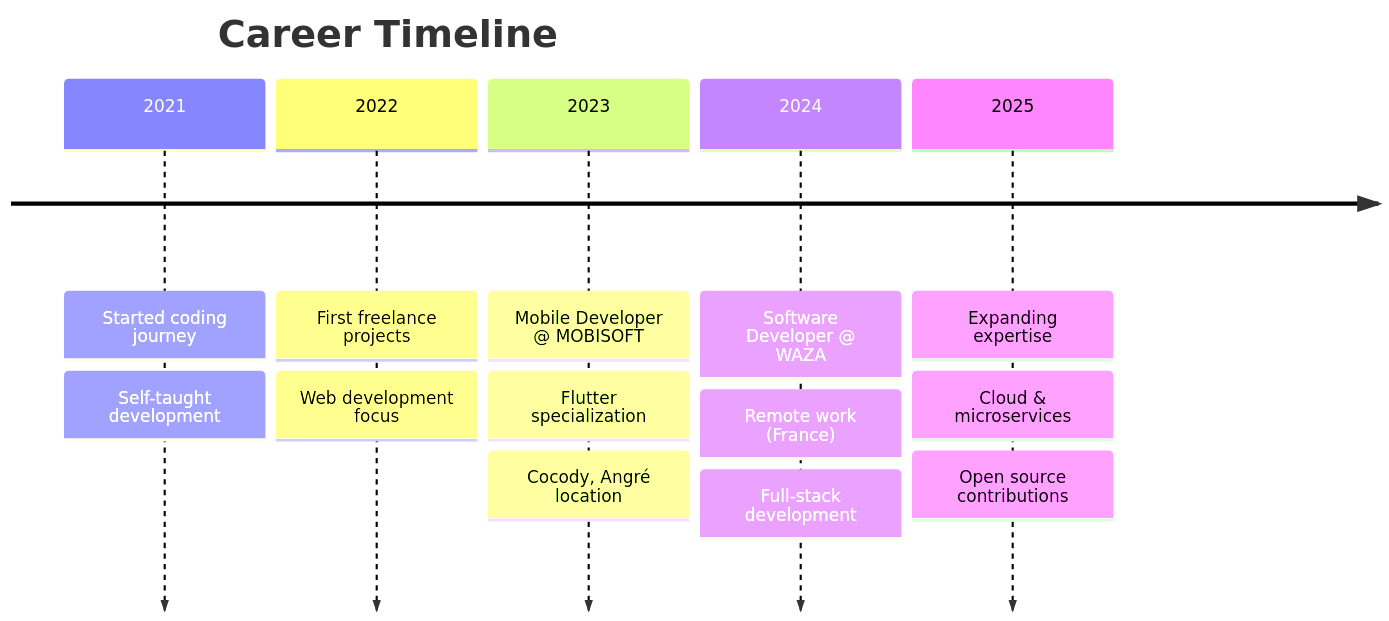
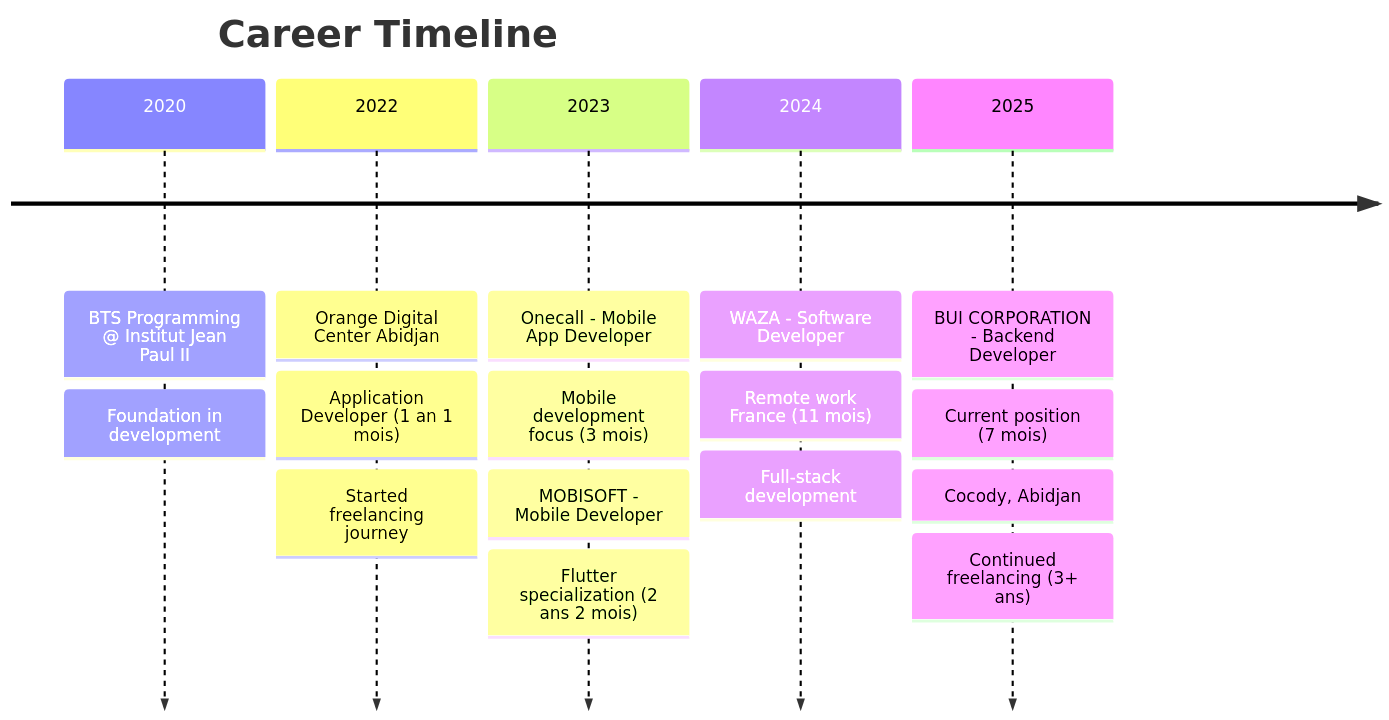
The diagram in README.md (el-hack/el-hack), drawn with Mermaid before and after one commit. The commit also changed other lines of this file, not shown here.

````diff
--- a/README.md
+++ b/README.md
@@ -119,22 +136,25 @@
 ```mermaid
 timeline
     title Career Timeline
     
-    2021 : Started coding journey
-         : Self-taught development
+    2020 : BTS Programming @ Institut Jean Paul II
+         : Foundation in development
     
-    2022 : First freelance projects
-         : Web development focus
+    2022 : Orange Digital Center Abidjan
+         : Application Developer (1 an 1 mois)
+         : Started freelancing journey
     
-    2023 : Mobile Developer @ MOBISOFT
-         : Flutter specialization
-         : Cocody, Angré location
+    2023 : Onecall - Mobile App Developer
+         : Mobile development focus (3 mois)
+         : MOBISOFT - Mobile Developer
+         : Flutter specialization (2 ans 2 mois)
     
-    2024 : Software Developer @ WAZA
-         : Remote work (France)
+    2024 : WAZA - Software Developer
+         : Remote work France (11 mois)
          : Full-stack development
     
-    2025 : Expanding expertise
-         : Cloud & microservices
-         : Open source contributions
+    2025 : BUI CORPORATION - Backend Developer
+         : Current position (7 mois)
+         : Cocody, Abidjan
+         : Continued freelancing (3+ ans)
 ```
````
